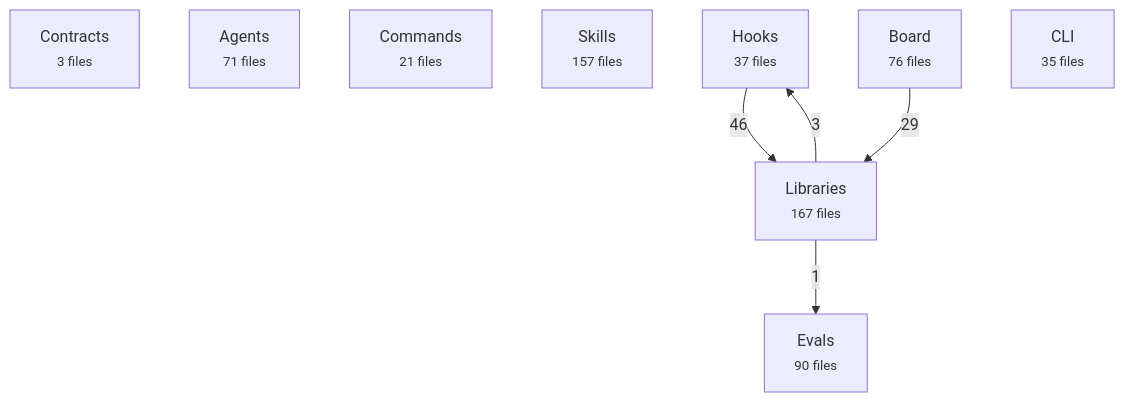
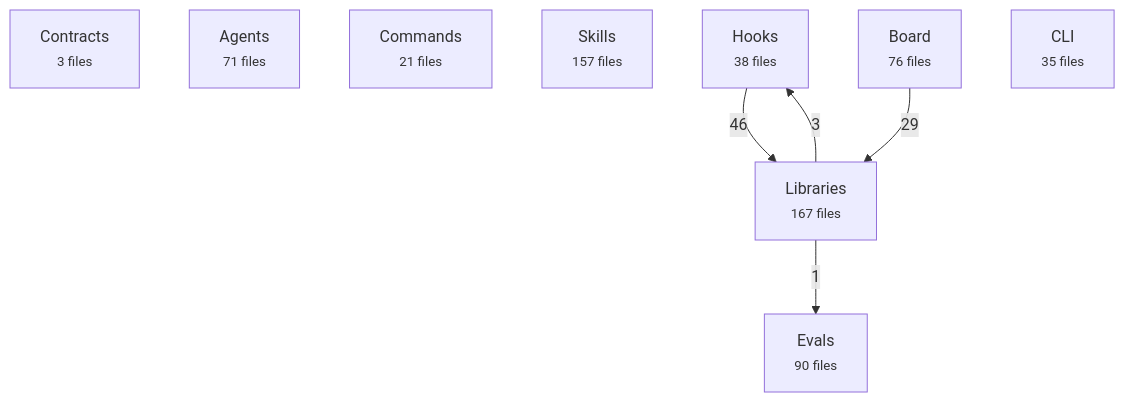
Before and after one commit to avelikiy/great_cto: the first of 2 diagrams in docs/reference/architecture-map.md, drawn with Mermaid. The commit also changed other lines of this file and 3 other files, not shown here.

````diff
--- a/docs/reference/architecture-map.md
+++ b/docs/reference/architecture-map.md
@@ -20,16 +20,16 @@
 ```mermaid
 flowchart TD
   contracts["Contracts<br/><small>3 files</small>"]
   agents["Agents<br/><small>71 files</small>"]
   commands["Commands<br/><small>21 files</small>"]
   skills["Skills<br/><small>157 files</small>"]
-  hooks["Hooks<br/><small>37 files</small>"]
+  hooks["Hooks<br/><small>38 files</small>"]
   libs["Libraries<br/><small>167 files</small>"]
   board["Board<br/><small>76 files</small>"]
   cli["CLI<br/><small>35 files</small>"]
   evals["Evals<br/><small>90 files</small>"]
   hooks -->|46| libs
   board -->|29| libs
   libs -->|3| hooks
   libs -->|1| evals
 ```
````
